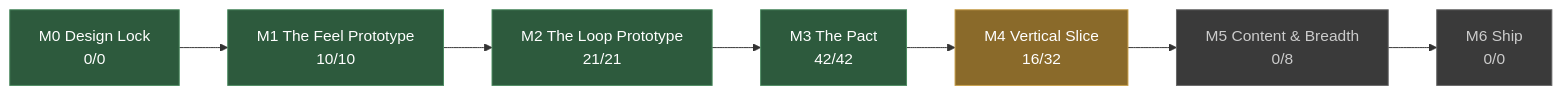
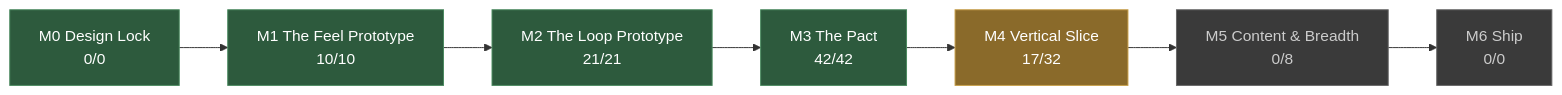
The diagram in docs/STATUS.md (JoshuaGessner/she), drawn with Mermaid before and after one commit. The commit also changed other lines of this file and 18 other files, not shown here.

````diff
--- a/docs/STATUS.md
+++ b/docs/STATUS.md
@@ -13,19 +13,19 @@
 ```mermaid
 flowchart LR
   M0["M0 Design Lock<br/>0/0"]:::passed
   M1["M1 The Feel Prototype<br/>10/10"]:::passed
   M0 --> M1
   M2["M2 The Loop Prototype<br/>21/21"]:::passed
   M1 --> M2
   M3["M3 The Pact<br/>42/42"]:::passed
   M2 --> M3
-  M4["M4 Vertical Slice<br/>16/32"]:::current
+  M4["M4 Vertical Slice<br/>17/32"]:::current
   M3 --> M4
   M5["M5 Content & Breadth<br/>0/8"]:::ahead
   M4 --> M5
   M6["M6 Ship<br/>0/0"]:::ahead
   M5 --> M6
   classDef passed fill:#2d5a3d,stroke:#4a8a5f,color:#fff
   classDef current fill:#8a6a2a,stroke:#c8a04a,color:#fff
   classDef ahead fill:#3a3a3a,stroke:#666,color:#ccc
 ```
````
